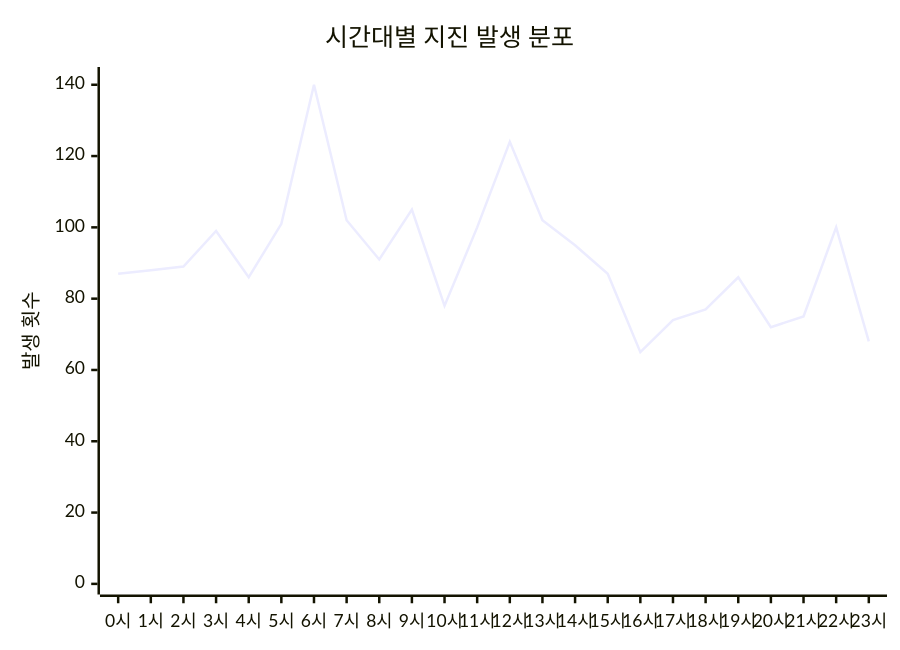
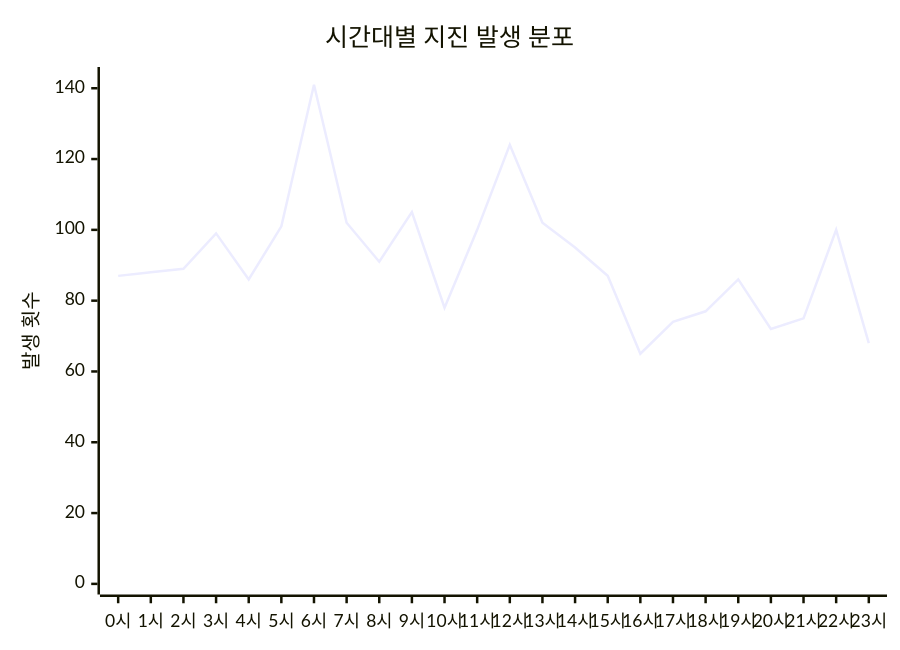
Before and after one commit to serendip811/japan-eq: the diagram in charts/time-chart.md, drawn with Mermaid. The commit also changed other lines of this file and 5 other files, not shown here.

Commit message:
Update earthquake data and charts Sun Jul 27 07:04:31 UTC 2025

````diff
--- a/charts/time-chart.md
+++ b/charts/time-chart.md
@@ -3,7 +3,7 @@
 ```mermaid
 xychart-beta
     title "시간대별 지진 발생 분포"
     x-axis ["0시", "1시", "2시", "3시", "4시", "5시", "6시", "7시", "8시", "9시", "10시", "11시", "12시", "13시", "14시", "15시", "16시", "17시", "18시", "19시", "20시", "21시", "22시", "23시"]
-    y-axis "발생 횟수" 0 --> 142
-    line [87, 88, 89, 99, 86, 101, 140, 102, 91, 105, 78, 100, 124, 102, 95, 87, 65, 74, 77, 86, 72, 75, 100, 68]
+    y-axis "발생 횟수" 0 --> 143
+    line [87, 88, 89, 99, 86, 101, 141, 102, 91, 105, 78, 100, 124, 102, 95, 87, 65, 74, 77, 86, 72, 75, 100, 68]
 ```
````
